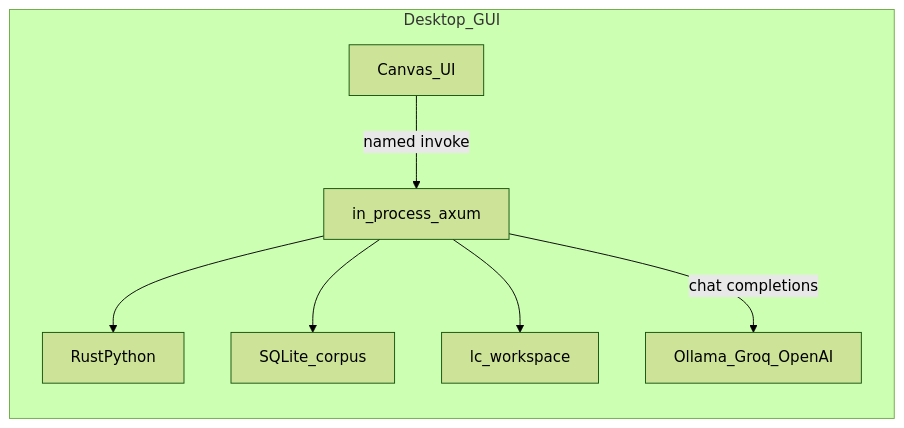
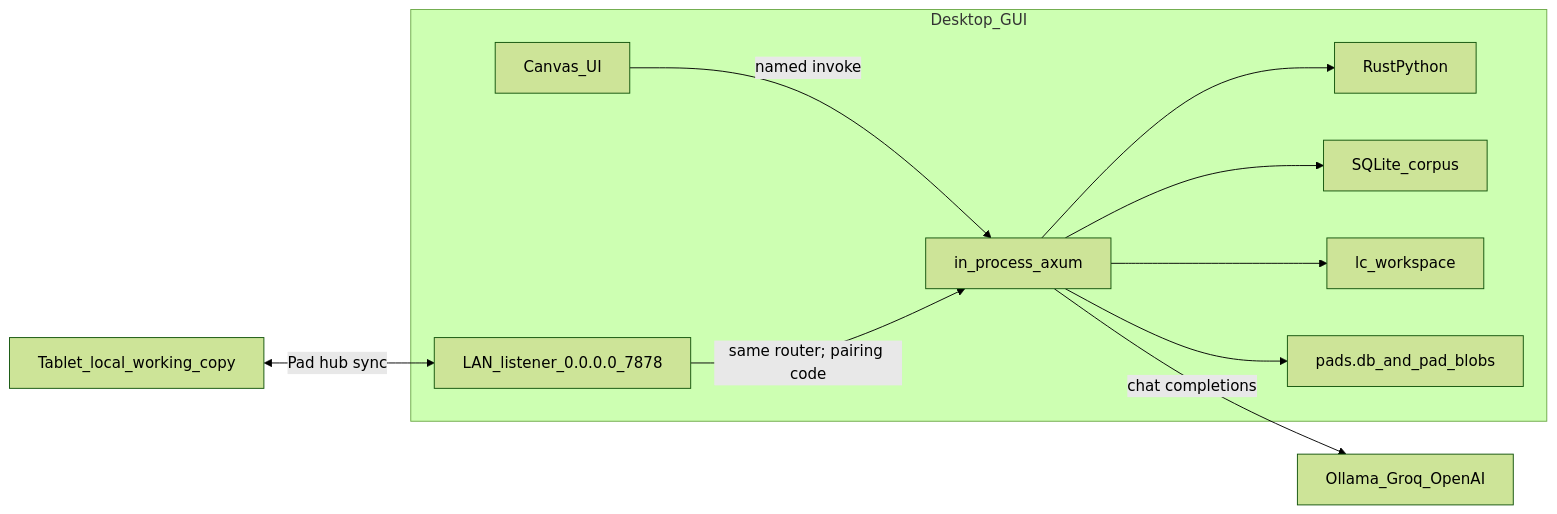
The first of 2 diagrams in ARCHITECTURE.md (amittenak47/lc-gui-tui), drawn with Mermaid (forest theme) before and after one commit. The commit also changed other lines of this file and 4 other files, not shown here.

First line of the commit message:
docs: Pen Island README, architecture, client and Android guides

````diff
--- a/ARCHITECTURE.md
+++ b/ARCHITECTURE.md
@@ -44,15 +72,20 @@
 ```mermaid
 flowchart LR
   subgraph gui [Desktop_GUI]
     UI[Canvas_UI]
     Axum[in_process_axum]
     RP[RustPython]
     Corpus[SQLite_corpus]
     WS[lc_workspace]
+    Pads[pads.db_and_pad_blobs]
+    LAN[LAN_listener_0.0.0.0_7878]
     UI -->|"named invoke"| Axum
+    LAN -->|"same router; pairing code"| Axum
     Axum --> RP
     Axum --> Corpus
     Axum --> WS
-    Axum -->|"chat completions"| LLM[Ollama_Groq_OpenAI]
+    Axum --> Pads
   end
+  Tablet[Tablet_local_working_copy] <-->|"Pad hub sync"| LAN
+  Axum -->|"chat completions"| LLM[Ollama_Groq_OpenAI]
 ```
````
